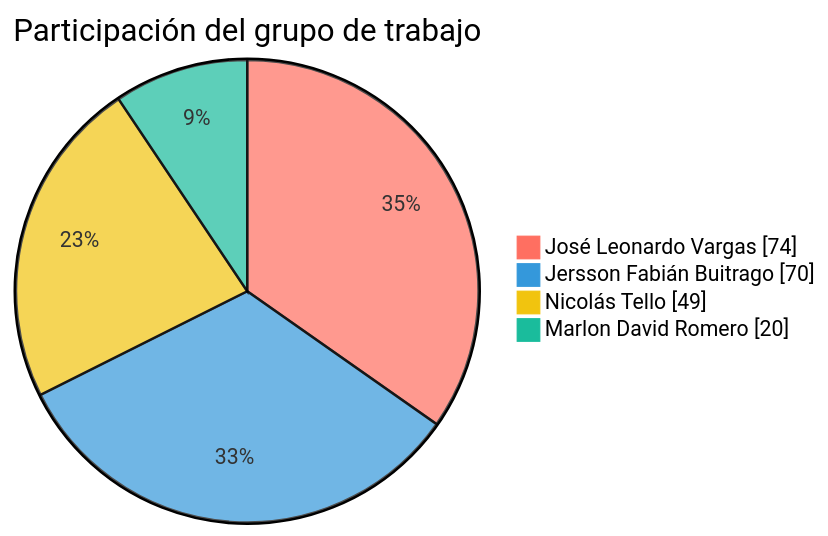
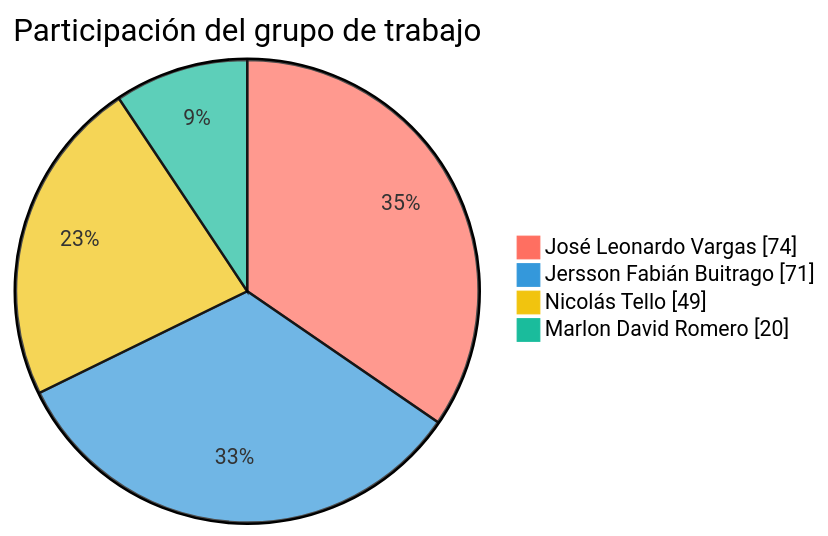
One commit to FarmaExpres/FarmaExpres changed the first of 2 diagrams in README.md. Above: the diagram before and after it, drawn with Mermaid. The commit also changed other lines of this file and 1 other file, not shown here.

````diff
--- a/README.md
+++ b/README.md
@@ -378,9 +378,9 @@
 ```mermaid
 %%{init: {"themeVariables": {"pie1": "#ff6f61", "pie2": "#3498db", "pie3": "#f1c40f", "pie4": "#1abc9c", "pieLabelColor": "#000000", "pieLabelFontSize": "24px", "pieLabelFontWeight": "700"}}}%%
 pie showData
     title Participación del grupo de trabajo
     "José Leonardo Vargas" : 74
-    "Jersson Fabián Buitrago" : 70
+    "Jersson Fabián Buitrago" : 71
     "Nicolás Tello" : 49
     "Marlon David Romero" : 20
 ```
````
